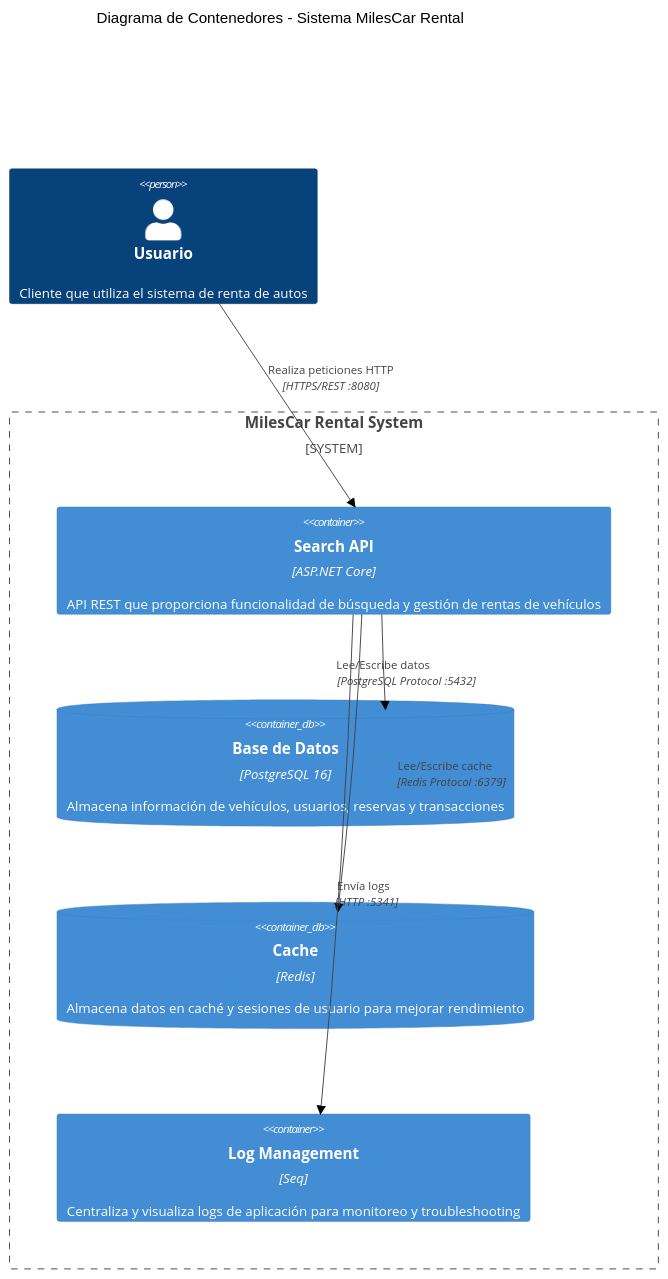
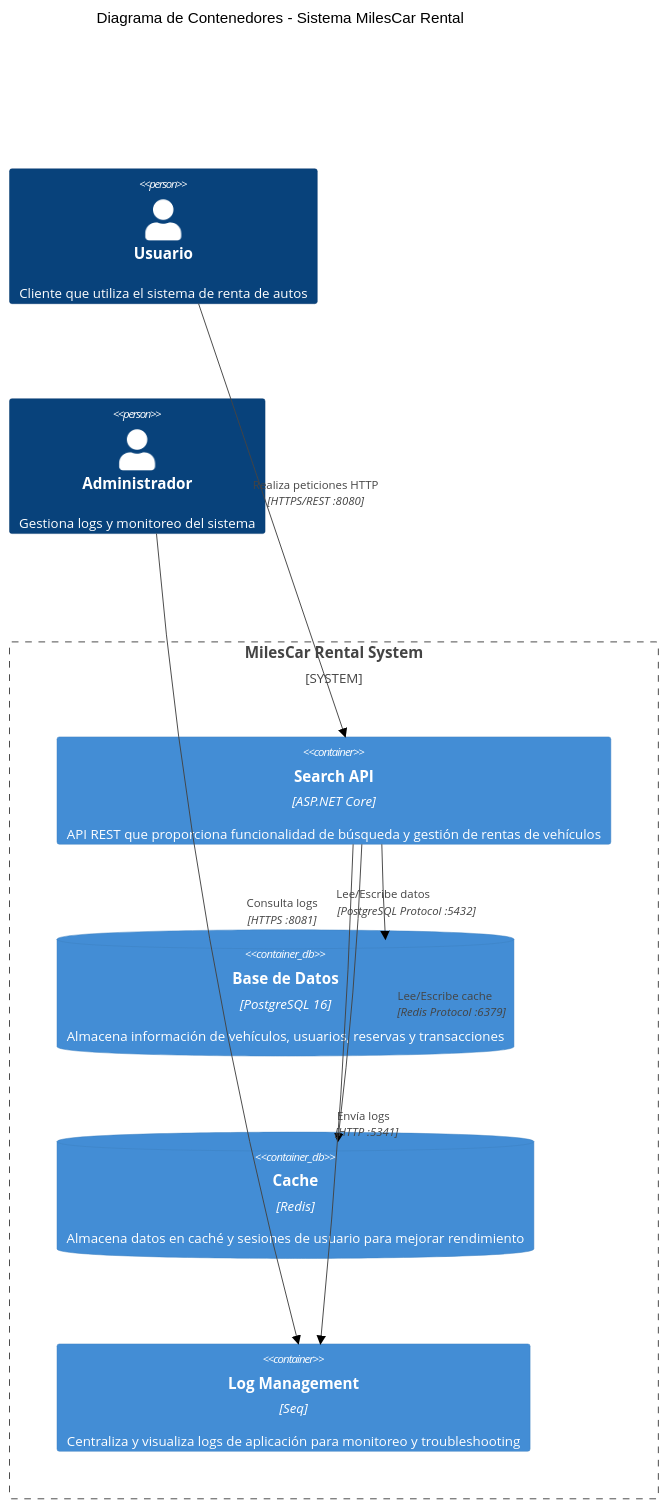
One commit to fclopez4/MilesCarRental changed the diagram in README.md. Above: the diagram before and after it, drawn with Mermaid (forest theme). The commit also changed other lines of this file, not shown here.

Commit message:
Update README.md to clarify admin user role and log access instructions

````diff
--- a/README.md
+++ b/README.md
@@ -16,25 +16,27 @@
 ```mermaid
 C4Container
     title Diagrama de Contenedores - Sistema MilesCar Rental
 
     Person(user, "Usuario", "Cliente que utiliza el sistema de renta de autos")
+    Person(admin, "Administrador", "Gestiona logs y monitoreo del sistema")
     
     System_Boundary(milescar, "MilesCar Rental System") {
         Container(api, "Search API", "ASP.NET Core", "API REST que proporciona funcionalidad de búsqueda y gestión de rentas de vehículos")
         ContainerDb(postgres, "Base de Datos", "PostgreSQL 16", "Almacena información de vehículos, usuarios, reservas y transacciones")
         ContainerDb(redis, "Cache", "Redis", "Almacena datos en caché y sesiones de usuario para mejorar rendimiento")
         Container(seq, "Log Management", "Seq", "Centraliza y visualiza logs de aplicación para monitoreo y troubleshooting")
     }
 
     Rel(user, api, "Realiza peticiones HTTP", "HTTPS/REST :8080")
+    Rel(admin, seq, "Consulta logs", "HTTPS :8081")
     
     Rel(api, postgres, "Lee/Escribe datos", "PostgreSQL Protocol :5432")
     Rel(api, redis, "Lee/Escribe cache", "Redis Protocol :6379")
     Rel(api, seq, "Envía logs", "HTTP :5341")
 
     UpdateRelStyle(user, api, $offsetY="-40", $offsetX="-20")
     UpdateRelStyle(admin, seq, $offsetY="-40", $offsetX="20")
     UpdateRelStyle(api, postgres, $offsetX="-50")
     UpdateRelStyle(api, redis, $offsetX="50")
     UpdateRelStyle(api, seq, $offsetY="20")
 ```
````
